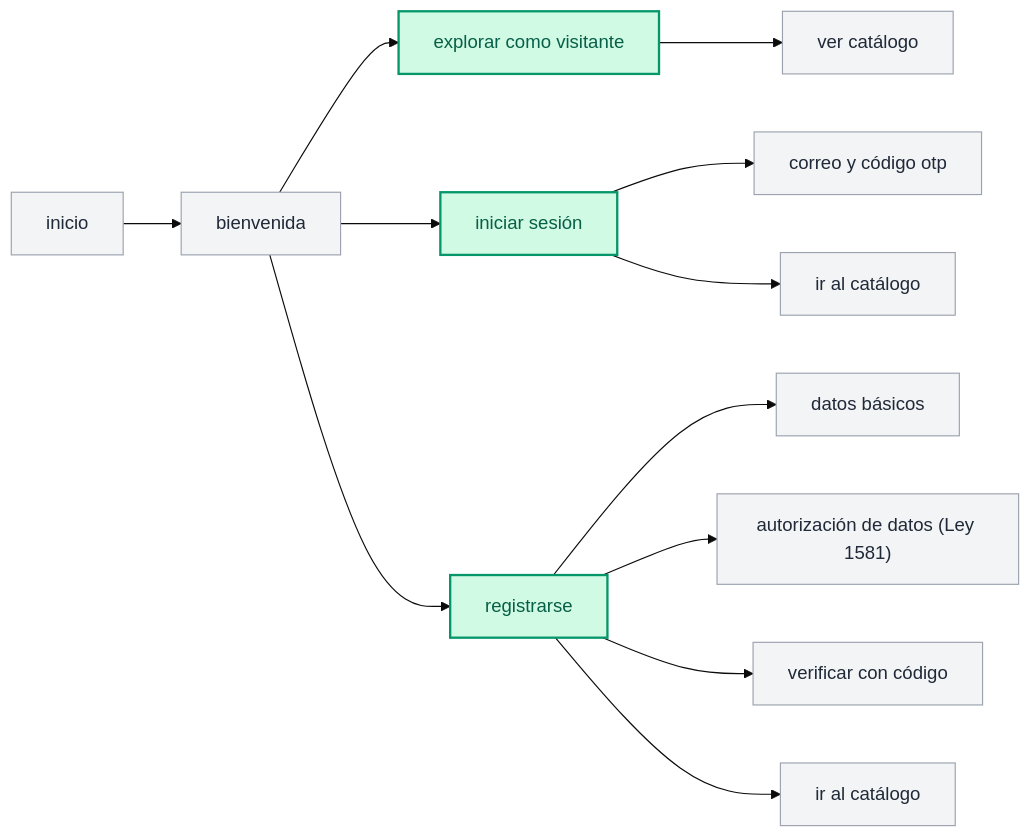
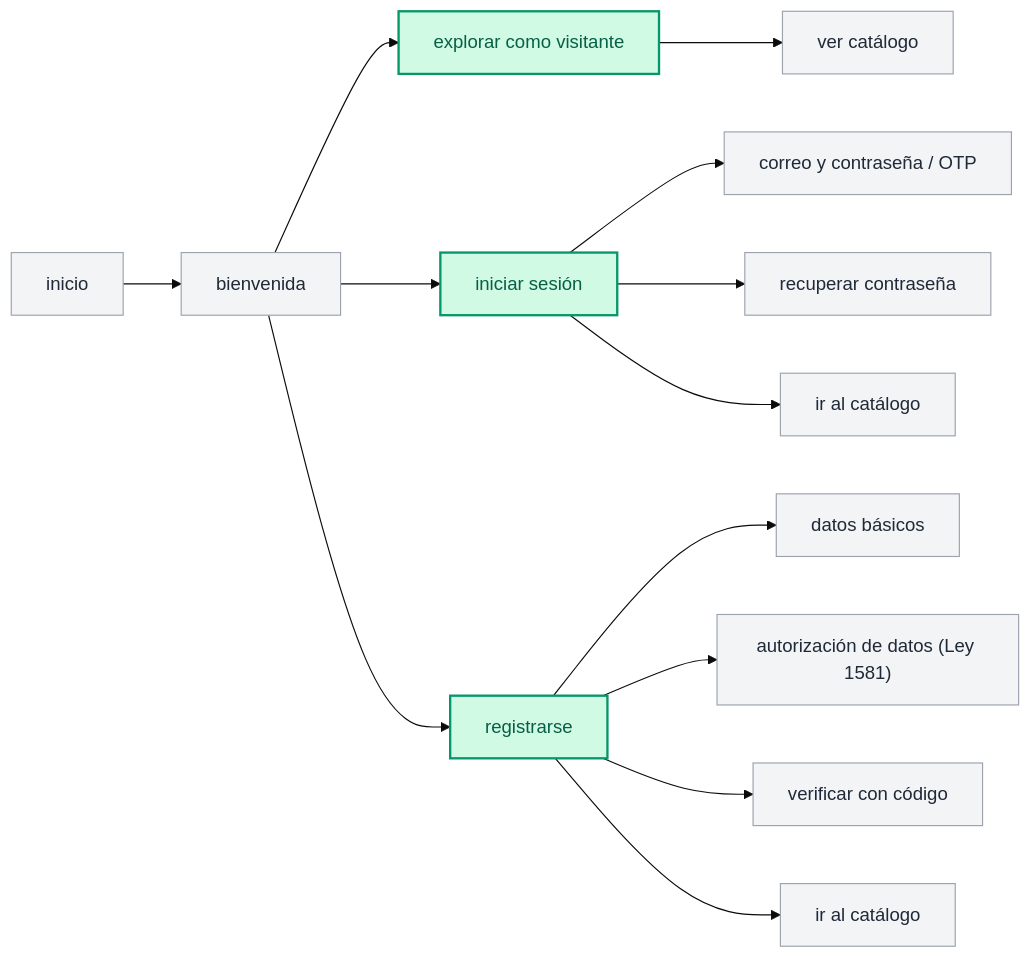
The third of 16 diagrams in docs/user-flows.md (SantiagoPrada2005/flotax), drawn with Mermaid (base theme) before and after one commit. The commit also changed other lines of this file and 72 other files, not shown here.

````diff
--- a/docs/user-flows.md
+++ b/docs/user-flows.md
@@ -36,23 +80,24 @@
 ```mermaid
 graph LR
     classDef mainScreen fill:#d1fae5,stroke:#059669,stroke-width:2px,color:#065f46;
     classDef subScreen fill:#f3f4f6,stroke:#9ca3af,stroke-width:1px,color:#1f2937;
 
     inicio["inicio"]:::subScreen --> bienvenida["bienvenida"]:::subScreen
 
     %% Opción 1: Explorar como visitante
     bienvenida --> exp_vis["explorar como visitante"]:::mainScreen
     exp_vis --> exp_cat["ver catálogo"]:::subScreen
 
     %% Opción 2: Iniciar sesión
     bienvenida --> login["iniciar sesión"]:::mainScreen
-    login --> log_otp["correo y código otp"]:::subScreen
+    login --> log_cred["correo y contraseña / OTP"]:::subScreen
+    login --> log_rec["recuperar contraseña"]:::subScreen
     login --> log_cat["ir al catálogo"]:::subScreen
 
     %% Opción 3: Registrarse
     bienvenida --> reg["registrarse"]:::mainScreen
     reg --> reg_datos["datos básicos"]:::subScreen
     reg --> reg_ley["autorización de datos (Ley 1581)"]:::subScreen
     reg --> reg_otp["verificar con código"]:::subScreen
     reg --> reg_cat["ir al catálogo"]:::subScreen
 ```
````
